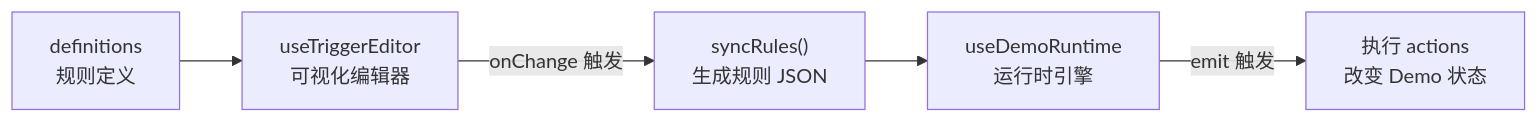
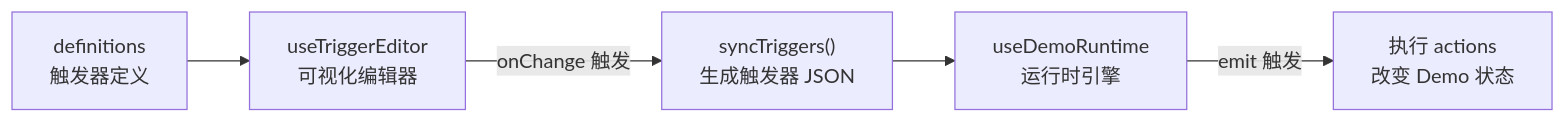
One commit to triggerix-lang/triggerix-lang.github.io changed the third of 4 diagrams in README_CN.md. Above: the diagram before and after it, drawn with Mermaid. The commit also changed other lines of this file and 15 other files, not shown here.

````diff
--- a/README_CN.md
+++ b/README_CN.md
@@ -237,7 +237,7 @@
 ```mermaid
 flowchart LR
-    Defs["definitions<br/>规则定义"] --> Editor3["useTriggerEditor<br/>可视化编辑器"]
-    Editor3 -->|onChange 触发| Sync["syncRules()<br/>生成规则 JSON"]
+    Defs["definitions<br/>触发器定义"] --> Editor3["useTriggerEditor<br/>可视化编辑器"]
+    Editor3 -->|onChange 触发| Sync["syncTriggers()<br/>生成触发器 JSON"]
     Sync --> Runtime3["useDemoRuntime<br/>运行时引擎"]
     Runtime3 -->|emit 触发| Exec["执行 actions<br/>改变 Demo 状态"]
 ```
````
